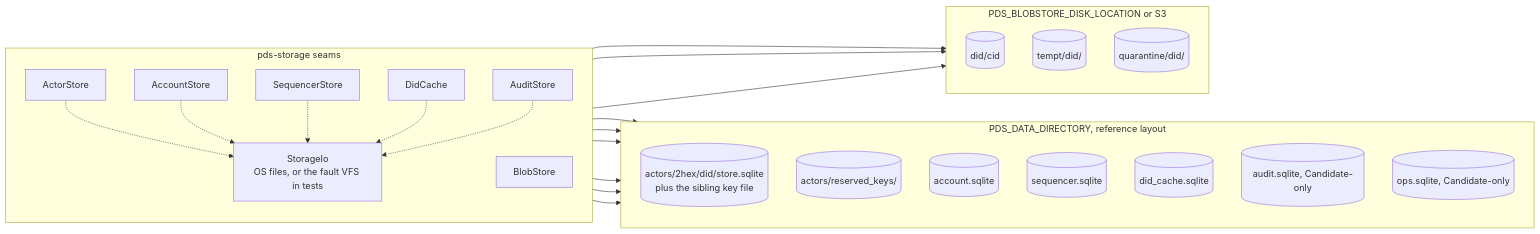
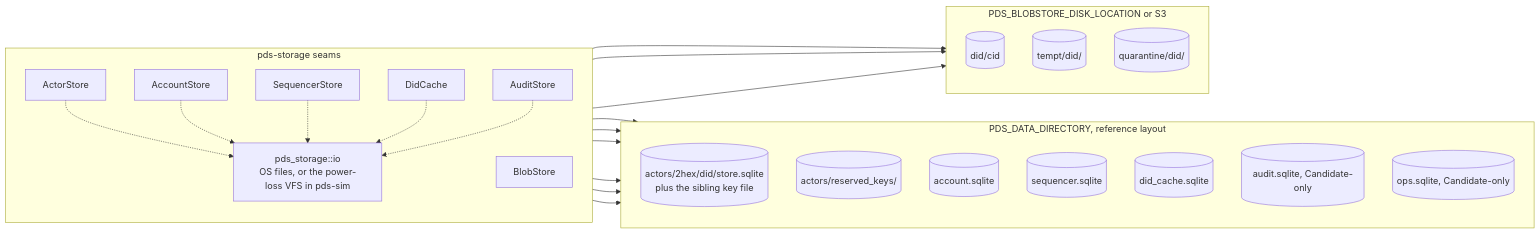
Before and after one commit to linkjar/pds: the diagram in docs/architecture/diagrams/07-storage.mmd, drawn with Mermaid. The commit also changed 26 other files, not shown here.

```diff
--- a/docs/architecture/diagrams/07-storage.mmd
+++ b/docs/architecture/diagrams/07-storage.mmd
@@ -1,34 +1,34 @@
 flowchart LR
   subgraph seams [pds-storage seams]
     direction TB
     as[ActorStore]
     acc[AccountStore]
     seq[SequencerStore]
     dc[DidCache]
     au[AuditStore]
     bs[BlobStore]
-    io[StorageIo<br/>OS files, or the fault VFS in tests]
+    io[pds_storage::io<br/>OS files, or the power-loss VFS in pds-sim]
   end
   subgraph dir [PDS_DATA_DIRECTORY, reference layout]
     direction TB
     st[(actors/2hex/did/store.sqlite<br/>plus the sibling key file)]
     rk[(actors/reserved_keys/)]
     a[(account.sqlite)]
     s[(sequencer.sqlite)]
     d[(did_cache.sqlite)]
     audit[(audit.sqlite, Candidate-only)]
     opsdb[(ops.sqlite, Candidate-only)]
   end
   subgraph blobs [PDS_BLOBSTORE_DISK_LOCATION or S3]
     direction TB
     b[(did/cid)]
     tmp[(tempt/did/)]
     q[(quarantine/did/)]
   end
   as --> st & rk
   acc --> a
   seq --> s
   dc --> d
   au --> audit
   bs --> b & tmp & q
   as & acc & seq & dc & au -.-> io
```
